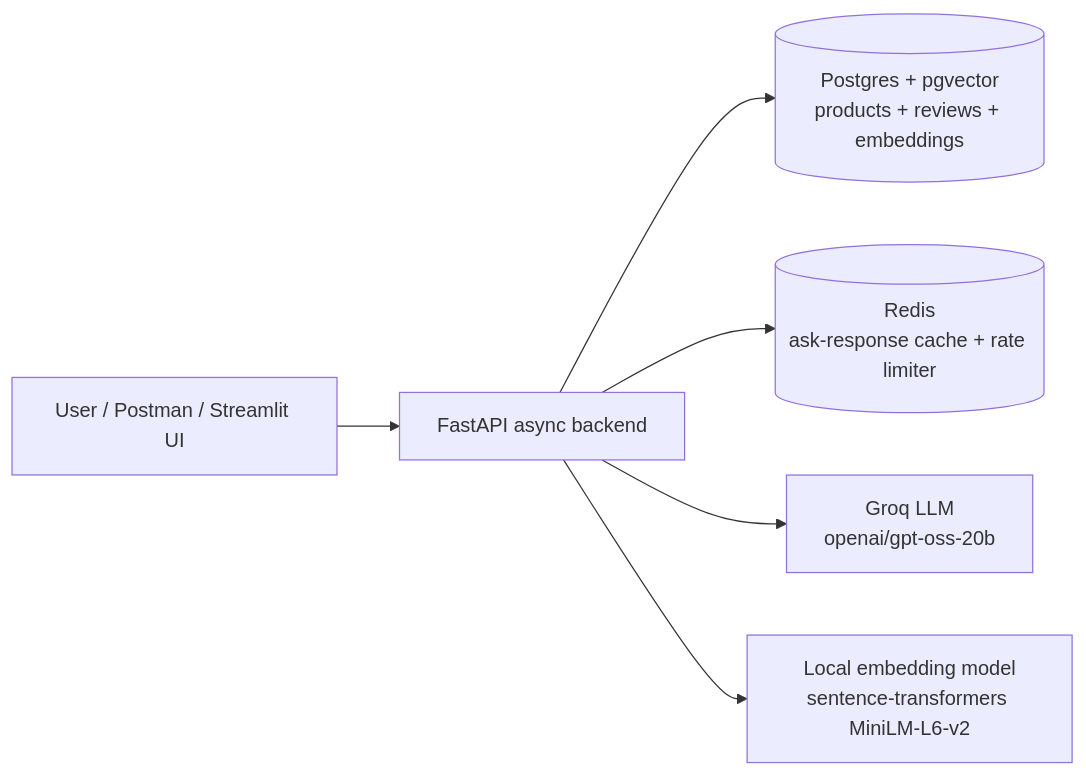
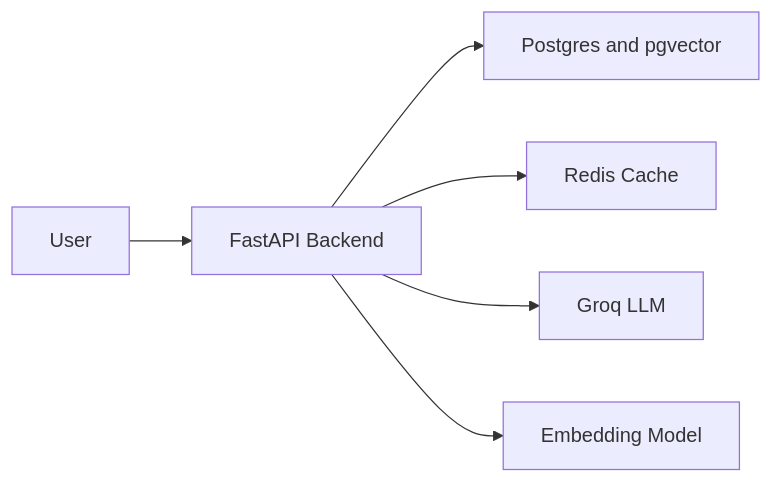
The diagram in README.md (aboro-code/beautyrag), drawn with Mermaid before and after one commit.

Commit message:
Simplify architecture mermaid diagram to fix GitHub render
The diagram was rendering as raw text on GitHub. Fence and syntax
looked structurally valid, but rather than guess at the exact GitHub
mermaid-renderer quirk under time pressure, replaced it with a
minimal, known-good version: plain rectangle nodes, single-line
labels, no <br/> tags or combined bracket shapes.

Caching Impact section checked against eval/latency_bench.py's real
numbers -- already correct (44.6x/54.4x, n=60), no stale ~280x /
6,400ms / 23ms placeholder found anywhere in the file.

````diff
--- a/README.md
+++ b/README.md
@@ -16,8 +16,8 @@
 ```mermaid
 flowchart LR
-    U[User / Postman / Streamlit UI] --> API[FastAPI async backend]
-    API --> P[(Postgres + pgvector<br/>products + reviews + embeddings)]
-    API --> R[(Redis<br/>ask-response cache + rate limiter)]
-    API --> G[Groq LLM<br/>openai/gpt-oss-20b]
-    API --> E[Local embedding model<br/>sentence-transformers MiniLM-L6-v2]
+    U[User] --> API[FastAPI Backend]
+    API --> P[Postgres and pgvector]
+    API --> R[Redis Cache]
+    API --> G[Groq LLM]
+    API --> E[Embedding Model]
 ```
````
